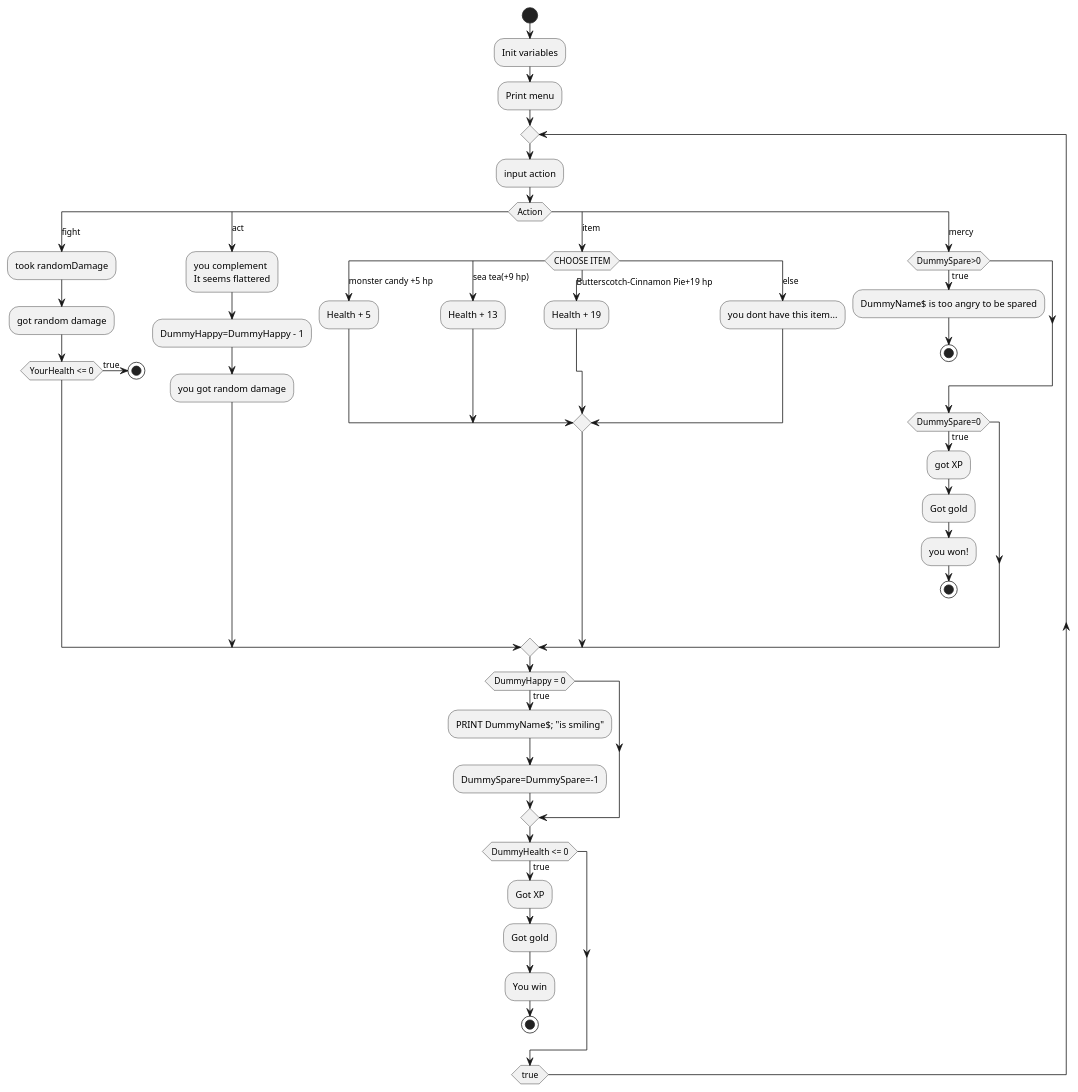
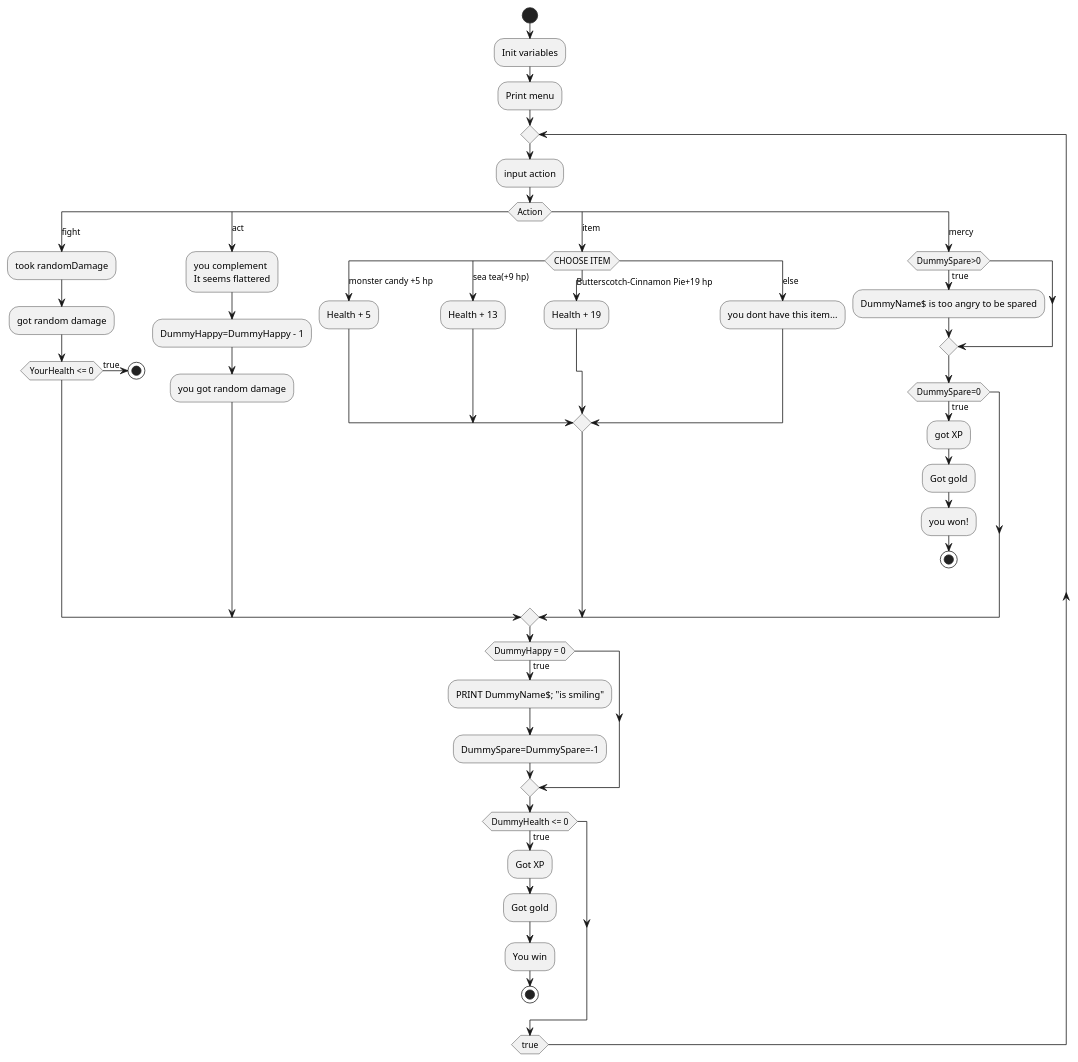
The diagram in programStructure.puml (DanilKorotenko/AntonGame3), drawn with PlantUML before and after one commit. The commit also changed 1 other file, not shown here.

Commit message:
Draw diagram

```diff
--- a/programStructure.puml
+++ b/programStructure.puml
@@ -1,87 +1,86 @@
 @startuml ProgramStructure
 start
 :Init variables;
 
 :Print menu;
 
 repeat
 
 :input action;
 
 switch(Action)
 case (fight)
     :took randomDamage;
     :got random damage;
     if (YourHealth <= 0) then (true)
         stop
     endif
 
 case (act)
     :you complement
     It seems flattered;
     :DummyHappy=DummyHappy - 1;
     :you got random damage;
 
 case (item)
 
     switch(CHOOSE ITEM)
         case (monster candy +5 hp)
             :Health + 5;
         case (sea tea(+9 hp))
             :Health + 13;
         case (Butterscotch-Cinnamon Pie+19 hp)
             :Health + 19;
         case (else)
             :you dont have this item...;
     endswitch
 
 case (mercy)
     if (DummySpare>0) then (true)
         :DummyName$ is too angry to be spared;
-        stop
     endif
 
     if (DummySpare=0) then (true)
         :got XP;
         :Got gold;
         :you won!;
         stop
     endif
 
 endswitch
 
 if (DummyHappy = 0) then (true)
     :PRINT DummyName$; "is smiling";
     :DummySpare=DummySpare=-1;
 endif
 
 if (DummyHealth <= 0) then (true)
     :Got XP;
     :Got gold;
     :You win;
     stop
 endif
 
 repeat while (true)
 
 'DO
 
 '    SELECT CASE choice
 
 '        CASE 4
 
 '            GOSUB 330
 
 '            END
 
 '        CASE ELSE
 
 '            PRINT "Invalid choice. Please enter a number from the menu."
 
 '    END SELECT
 
 'LOOP UNTIL TRUE
 
 'END
 
 @enduml
```
